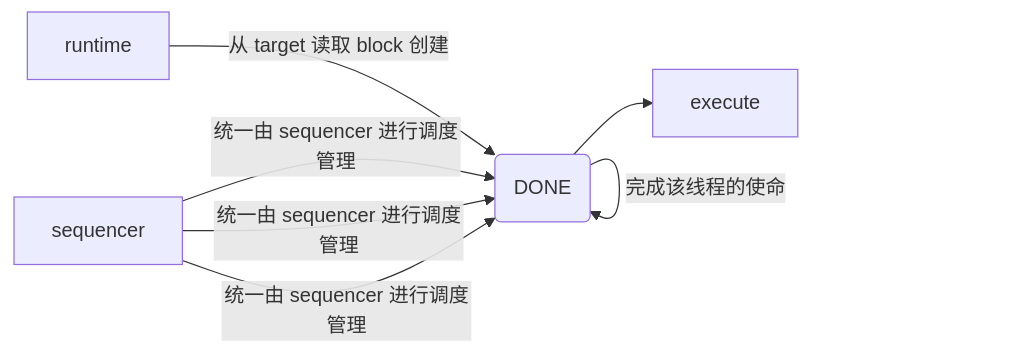
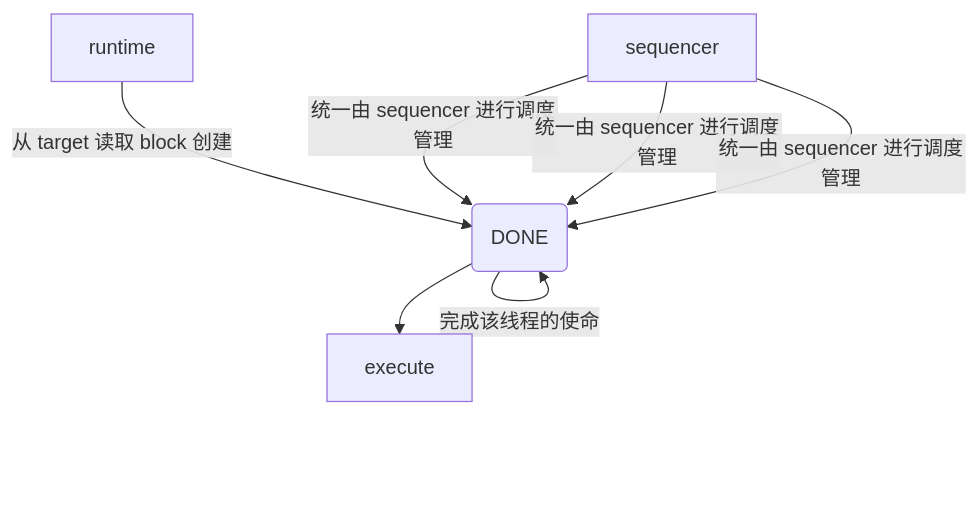
Before and after one commit to SimonShiki/simonshiki.github.io: the diagram in source/_posts/how-to-make-a-jit-scvm.md, drawn with Mermaid. The commit also changed other lines of this file, not shown here.

````diff
--- a/source/_posts/how-to-make-a-jit-scvm.md
+++ b/source/_posts/how-to-make-a-jit-scvm.md
@@ -12,11 +11,11 @@
 ```mermaid
-flowchart LR
+graph
 runtime-->|从 target 读取 block 创建|Thread(FRESH)
 Thread(FRESH)-->|开始运行|Thread(RUNNING)
 Thread(RUNNING)-->execute
 Thread(RUNNING)-->|进入“休息”时间|Thread(YIELD_TICK)
 Thread(YIELD_TICK) -->|完成该线程的使命|Thread(DONE)
 sequencer-->|统一由 sequencer 进行调度管理|Thread(RUNNING)
 sequencer-->|统一由 sequencer 进行调度管理|Thread(YIELD_TICK)
 sequencer-->|统一由 sequencer 进行调度管理|Thread(DONE)
 ```
````
